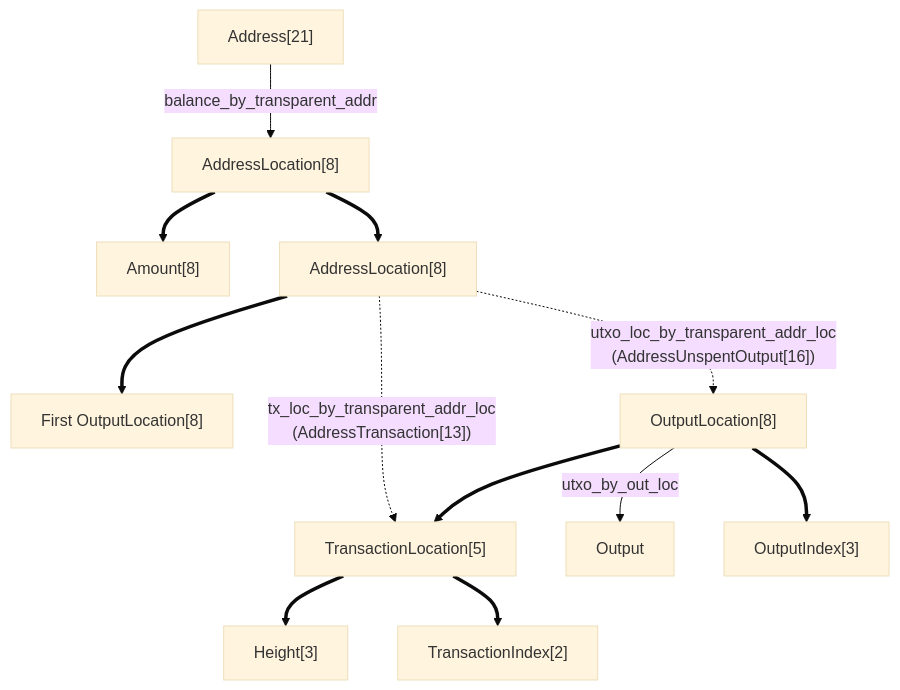
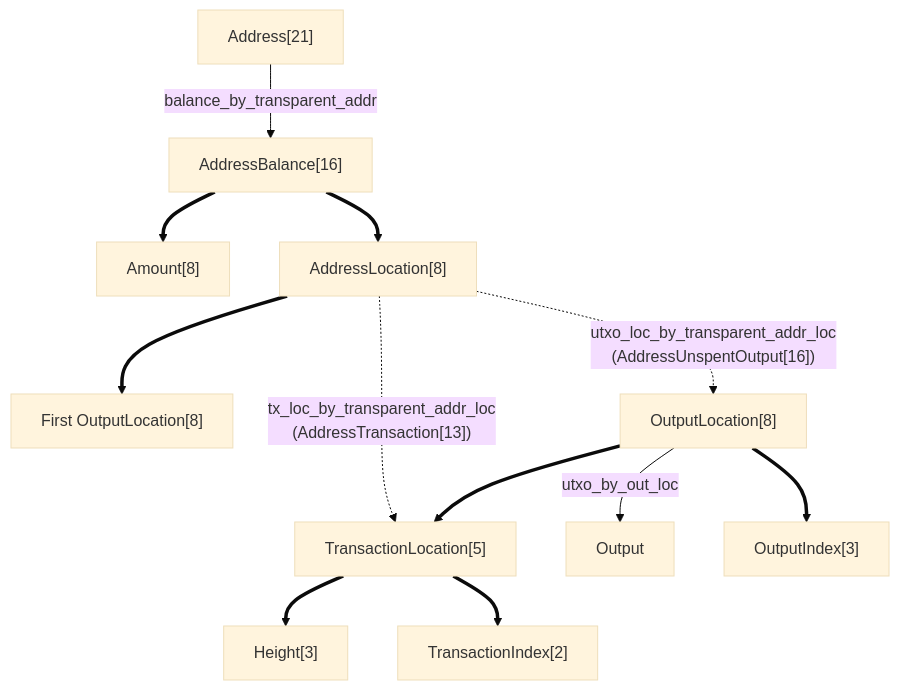
The diagram in book/src/dev/rfcs/0005-state-updates.md (ZcashFoundation/zebra), drawn with Mermaid (base theme) before and after one commit.

Commit message:
Actually the name is wrong

````diff
--- a/book/src/dev/rfcs/0005-state-updates.md
+++ b/book/src/dev/rfcs/0005-state-updates.md
@@ -677,25 +677,25 @@
 ```mermaid
 graph TD;
     Address -->|"balance_by_transparent_addr<br/>"| AddressBalance;
     AddressBalance ==> Amount;
     AddressBalance ==> AddressLocation;
     AddressLocation ==> FirstOutputLocation;
     AddressLocation -.->|"tx_loc_by_transparent_addr_loc<br/>(AddressTransaction[13])"| TransactionLocation;
     TransactionLocation ==> Height;
     TransactionLocation ==> TransactionIndex;
     OutputLocation -->|utxo_by_out_loc| Output;
     OutputLocation ==> TransactionLocation;
     OutputLocation ==> OutputIndex;
     AddressLocation -.->|"utxo_loc_by_transparent_addr_loc<br/>(AddressUnspentOutput[16])"| OutputLocation;
 
-    AddressBalance["AddressLocation[8]"];
+    AddressBalance["AddressBalance[16]"];
     Amount["Amount[8]"];
     Height["Height[3]"];
     Address["Address[21]"];
     TransactionIndex["TransactionIndex[2]"];
     TransactionLocation["TransactionLocation[5]"];
     OutputIndex["OutputIndex[3]"];
     OutputLocation["OutputLocation[8]"];
     FirstOutputLocation["First OutputLocation[8]"];
     AddressLocation["AddressLocation[8]"];
 ```
````
